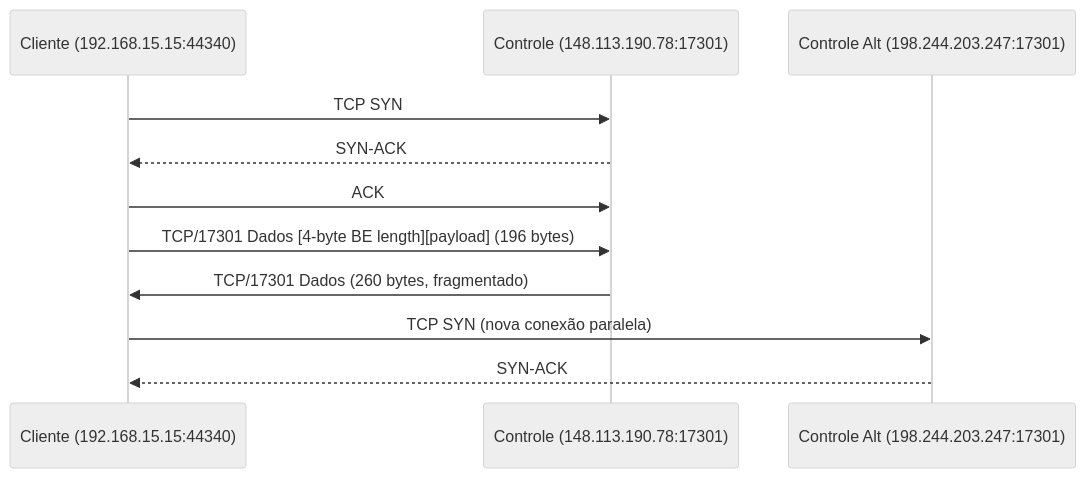
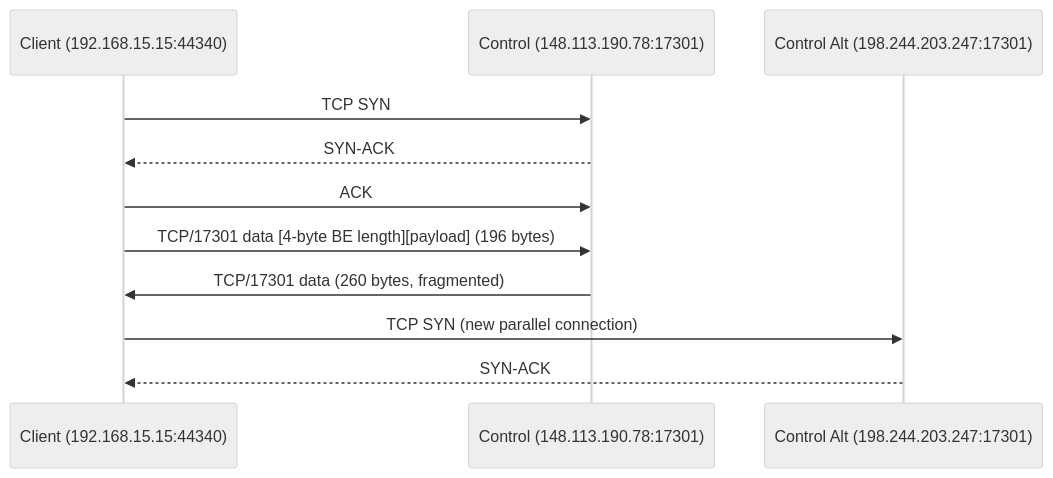
Before and after one commit to Pedrodroks34/radmin-vpn-linux-rs: the third of 6 diagrams in docs/PCAP_FLOW_MAP.md, drawn with Mermaid (neutral theme). The commit also changed other lines of this file and 5 other files, not shown here.

````diff
--- a/docs/PCAP_FLOW_MAP.md
+++ b/docs/PCAP_FLOW_MAP.md
@@ -107,14 +108,14 @@
 ```mermaid
 sequenceDiagram
-    participant C as Cliente (192.168.15.15:44340)
-    participant S1 as Controle (148.113.190.78:17301)
-    participant S2 as Controle Alt (198.244.203.247:17301)
+    participant C as Client (192.168.15.15:44340)
+    participant S1 as Control (148.113.190.78:17301)
+    participant S2 as Control Alt (198.244.203.247:17301)
 
     C->>S1: TCP SYN
     S1-->>C: SYN-ACK
     C->>S1: ACK
-    C->>S1: TCP/17301 Dados [4-byte BE length][payload] (196 bytes)
-    S1->>C: TCP/17301 Dados (260 bytes, fragmentado)
-    C->>S2: TCP SYN (nova conexão paralela)
+    C->>S1: TCP/17301 data [4-byte BE length][payload] (196 bytes)
+    S1->>C: TCP/17301 data (260 bytes, fragmented)
+    C->>S2: TCP SYN (new parallel connection)
     S2-->>C: SYN-ACK
 ```
````
